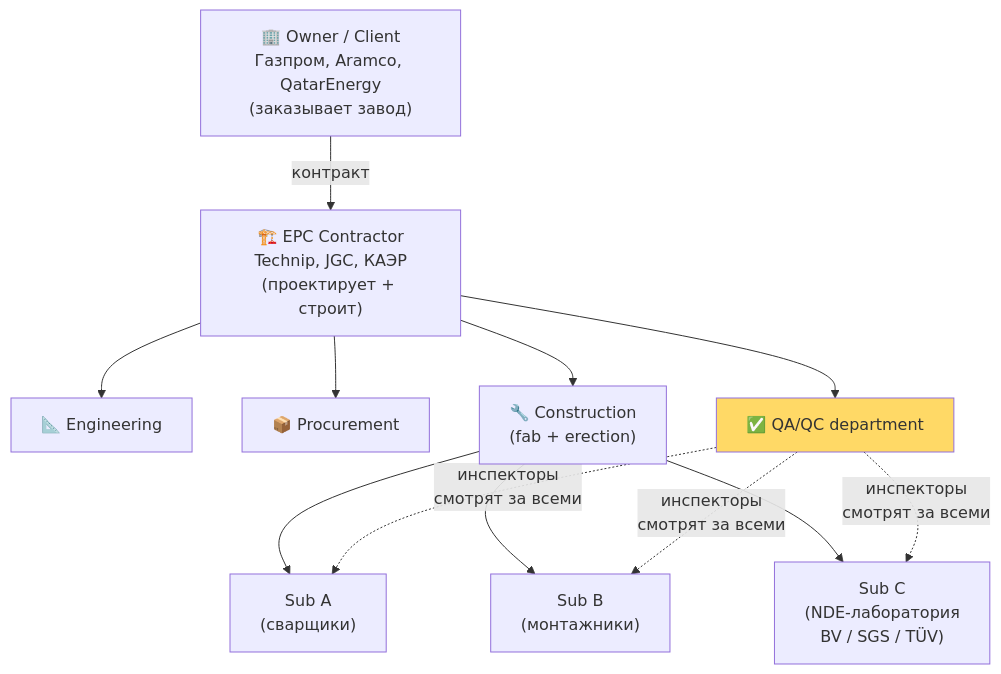
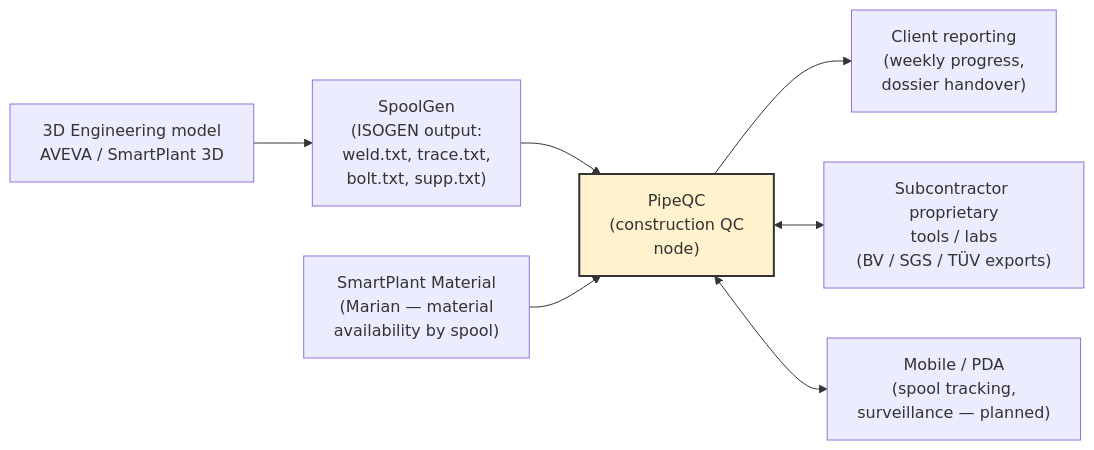
The first of 9 diagrams in docs/presentations/01-pipeqc-overview.md (vvnezapnopwnz1/piping), drawn with Mermaid before and after one commit. The commit also changed other lines of this file and 28 other files, not shown here.

````diff
--- a/docs/presentations/01-pipeqc-overview.md
+++ b/docs/presentations/01-pipeqc-overview.md
@@ -58,22 +84,18 @@
 ```mermaid
-flowchart TB
-    Owner["🏢 Owner / Client<br/>Газпром, Aramco, QatarEnergy<br/>(заказывает завод)"]
-    EPC["🏗️ EPC Contractor<br/>Technip, JGC, КАЭР<br/>(проектирует + строит)"]
+flowchart LR
+    A["3D Engineering model<br/>AVEVA / SmartPlant 3D"]
+    B["SpoolGen<br/>(ISOGEN output:<br/>weld.txt, trace.txt,<br/>bolt.txt, supp.txt)"]
+    C["SmartPlant Material<br/>(Marian — material<br/>availability by spool)"]
+    D["PipeQC<br/>(construction QC<br/>node)"]
+    E["Client reporting<br/>(weekly progress,<br/>dossier handover)"]
+    F["Subcontractor proprietary<br/>tools / labs<br/>(BV / SGS / TÜV exports)"]
+    G["Mobile / PDA<br/>(spool tracking,<br/>surveillance — planned)"]
 
-    Owner -->|контракт| EPC
+    A --> B --> D
+    C --> D
+    D --> E
+    D <--> F
+    D <--> G
 
-    EPC --> Eng["📐 Engineering"]
-    EPC --> Proc["📦 Procurement"]
-    EPC --> Const["🔧 Construction<br/>(fab + erection)"]
-    EPC --> QC["✅ QA/QC department"]
-
-    Const --> Sub1["Sub A<br/>(сварщики)"]
-    Const --> Sub2["Sub B<br/>(монтажники)"]
-    Const --> Sub3["Sub C<br/>(NDE-лаборатория<br/>BV / SGS / TÜV)"]
-
-    QC -.->|инспекторы<br/>смотрят за всеми| Sub1
-    QC -.->|инспекторы<br/>смотрят за всеми| Sub2
-    QC -.->|инспекторы<br/>смотрят за всеми| Sub3
-
-    style QC fill:#ffd966
+    style D fill:#fff2cc,stroke:#333,stroke-width:2px
 ```
````
